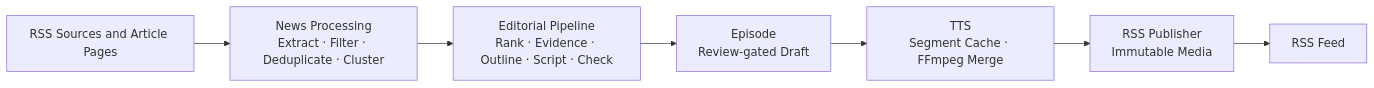
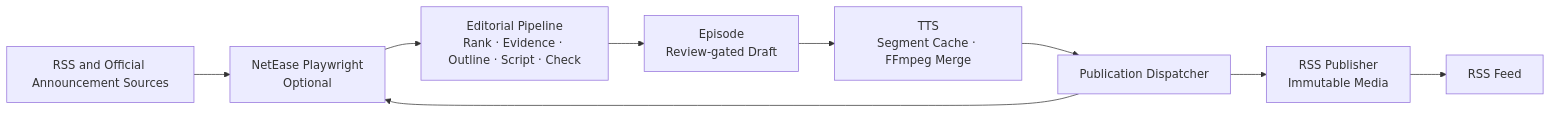
One commit to leisun123/daily_cast changed the diagram in README.md. Above: the diagram before and after it, drawn with Mermaid. The commit also changed other lines of this file and 50 other files, not shown here.

````diff
--- a/README.md
+++ b/README.md
@@ -21,9 +22,11 @@
 ```mermaid
 flowchart LR
-    S["RSS Sources and Article Pages"] --> N["News Processing\nExtract · Filter · Deduplicate · Cluster"]
+    S["RSS and Official Announcement Sources"] --> N["News Processing\nExtract · Filter · Deduplicate · Cluster"]
     N --> E["Editorial Pipeline\nRank · Evidence · Outline · Script · Check"]
     E --> EP["Episode\nReview-gated Draft"]
     EP --> T["TTS\nSegment Cache · FFmpeg Merge"]
-    T --> P["RSS Publisher\nImmutable Media"]
+    T --> D["Publication Dispatcher"]
+    D --> P["RSS Publisher\nImmutable Media"]
+    D --> N["NetEase Playwright\nOptional"]
     P --> F["RSS Feed"]
 ```
````
